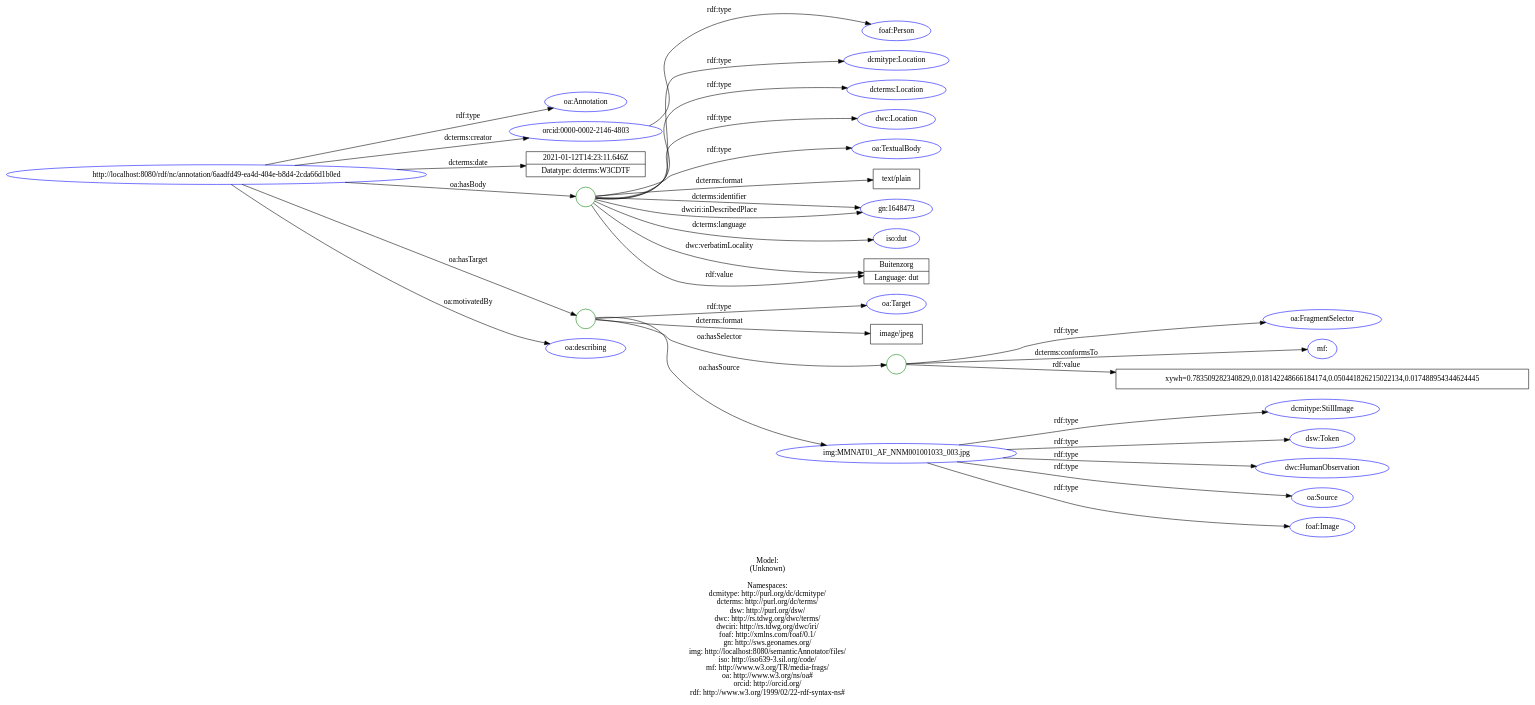
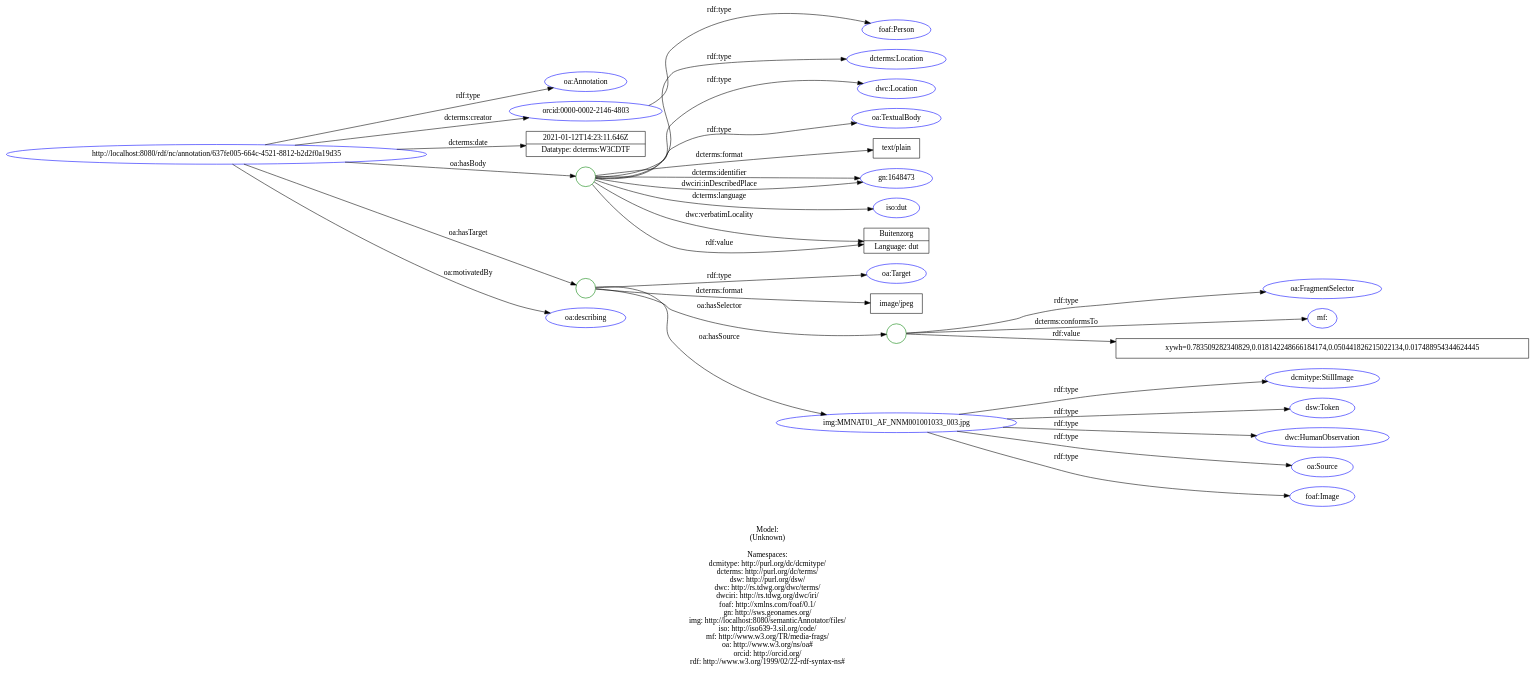
Before and after one commit to lisestork/SFB-Annotator: the diagram in doc/models/example_3_1.dot, drawn with Graphviz. The commit also changed 4 other files, not shown here.

Commit message:
Update data model: example 3_1 #81. - remove non-existing dcmitype:Location class

```diff
--- a/doc/models/example_3_1.dot
+++ b/doc/models/example_3_1.dot
@@ -1,70 +1,68 @@
 digraph {
 	rankdir = LR;
 	charset="utf-8";
 
-	"Rhttp://localhost:8080/rdf/nc/annotation/6aadfd49-ea4d-404e-b8d4-2cda66d1b0ed" -> "Roa:Annotation" [ label="rdf:type" ];
-	"Rhttp://localhost:8080/rdf/nc/annotation/6aadfd49-ea4d-404e-b8d4-2cda66d1b0ed" -> "Rorcid:0000-0002-2146-4803" [ label="dcterms:creator" ];
-	"Rhttp://localhost:8080/rdf/nc/annotation/6aadfd49-ea4d-404e-b8d4-2cda66d1b0ed" -> "L2021-01-12T14:23:11.646Z|Datatype: dcterms:W3CDTF" [ label="dcterms:date" ];
-	"Rhttp://localhost:8080/rdf/nc/annotation/6aadfd49-ea4d-404e-b8d4-2cda66d1b0ed" -> "B_:node1f26ai8ibx13" [ label="oa:hasBody" ];
-	"B_:node1f26ai8ibx13" -> "Rdcmitype:Location" [ label="rdf:type" ];
-	"B_:node1f26ai8ibx13" -> "Rdcterms:Location" [ label="rdf:type" ];
-	"B_:node1f26ai8ibx13" -> "Rdwc:Location" [ label="rdf:type" ];
-	"B_:node1f26ai8ibx13" -> "Roa:TextualBody" [ label="rdf:type" ];
-	"B_:node1f26ai8ibx13" -> "Ltext/plain" [ label="dcterms:format" ];
-	"B_:node1f26ai8ibx13" -> "Rgn:1648473" [ label="dcterms:identifier" ];
-	"B_:node1f26ai8ibx13" -> "Riso:dut" [ label="dcterms:language" ];
-	"B_:node1f26ai8ibx13" -> "Rgn:1648473" [ label="dwciri:inDescribedPlace" ];
-	"B_:node1f26ai8ibx13" -> "LBuitenzorg|Language: dut" [ label="dwc:verbatimLocality" ];
-	"B_:node1f26ai8ibx13" -> "LBuitenzorg|Language: dut" [ label="rdf:value" ];
-	"Rhttp://localhost:8080/rdf/nc/annotation/6aadfd49-ea4d-404e-b8d4-2cda66d1b0ed" -> "B_:node1f26ai8ibx12" [ label="oa:hasTarget" ];
-	"B_:node1f26ai8ibx12" -> "Roa:Target" [ label="rdf:type" ];
-	"B_:node1f26ai8ibx12" -> "Limage/jpeg" [ label="dcterms:format" ];
-	"B_:node1f26ai8ibx12" -> "B_:node1f26ai8ibx15" [ label="oa:hasSelector" ];
-	"B_:node1f26ai8ibx15" -> "Roa:FragmentSelector" [ label="rdf:type" ];
-	"B_:node1f26ai8ibx15" -> "Rmf:" [ label="dcterms:conformsTo" ];
-	"B_:node1f26ai8ibx15" -> "Lxywh=0.783509282340829,0.018142248666184174,0.050441826215022134,0.017488954344624445" [ label="rdf:value" ];
-	"B_:node1f26ai8ibx12" -> "Rimg:MMNAT01_AF_NNM001001033_003.jpg" [ label="oa:hasSource" ];
-	"Rhttp://localhost:8080/rdf/nc/annotation/6aadfd49-ea4d-404e-b8d4-2cda66d1b0ed" -> "Roa:describing" [ label="oa:motivatedBy" ];
+	"Rhttp://localhost:8080/rdf/nc/annotation/637fe005-664c-4521-8812-b2d2f0a19d35" -> "Roa:Annotation" [ label="rdf:type" ];
+	"Rhttp://localhost:8080/rdf/nc/annotation/637fe005-664c-4521-8812-b2d2f0a19d35" -> "Rorcid:0000-0002-2146-4803" [ label="dcterms:creator" ];
+	"Rhttp://localhost:8080/rdf/nc/annotation/637fe005-664c-4521-8812-b2d2f0a19d35" -> "L2021-01-12T14:23:11.646Z|Datatype: dcterms:W3CDTF" [ label="dcterms:date" ];
+	"Rhttp://localhost:8080/rdf/nc/annotation/637fe005-664c-4521-8812-b2d2f0a19d35" -> "B_:node1f27eg1asx2" [ label="oa:hasBody" ];
+	"B_:node1f27eg1asx2" -> "Rdcterms:Location" [ label="rdf:type" ];
+	"B_:node1f27eg1asx2" -> "Rdwc:Location" [ label="rdf:type" ];
+	"B_:node1f27eg1asx2" -> "Roa:TextualBody" [ label="rdf:type" ];
+	"B_:node1f27eg1asx2" -> "Ltext/plain" [ label="dcterms:format" ];
+	"B_:node1f27eg1asx2" -> "Rgn:1648473" [ label="dcterms:identifier" ];
+	"B_:node1f27eg1asx2" -> "Riso:dut" [ label="dcterms:language" ];
+	"B_:node1f27eg1asx2" -> "Rgn:1648473" [ label="dwciri:inDescribedPlace" ];
+	"B_:node1f27eg1asx2" -> "LBuitenzorg|Language: dut" [ label="dwc:verbatimLocality" ];
+	"B_:node1f27eg1asx2" -> "LBuitenzorg|Language: dut" [ label="rdf:value" ];
+	"Rhttp://localhost:8080/rdf/nc/annotation/637fe005-664c-4521-8812-b2d2f0a19d35" -> "B_:node1f27eg1asx1" [ label="oa:hasTarget" ];
+	"B_:node1f27eg1asx1" -> "Roa:Target" [ label="rdf:type" ];
+	"B_:node1f27eg1asx1" -> "Limage/jpeg" [ label="dcterms:format" ];
+	"B_:node1f27eg1asx1" -> "B_:node1f27eg1asx4" [ label="oa:hasSelector" ];
+	"B_:node1f27eg1asx4" -> "Roa:FragmentSelector" [ label="rdf:type" ];
+	"B_:node1f27eg1asx4" -> "Rmf:" [ label="dcterms:conformsTo" ];
+	"B_:node1f27eg1asx4" -> "Lxywh=0.783509282340829,0.018142248666184174,0.050441826215022134,0.017488954344624445" [ label="rdf:value" ];
+	"B_:node1f27eg1asx1" -> "Rimg:MMNAT01_AF_NNM001001033_003.jpg" [ label="oa:hasSource" ];
+	"Rhttp://localhost:8080/rdf/nc/annotation/637fe005-664c-4521-8812-b2d2f0a19d35" -> "Roa:describing" [ label="oa:motivatedBy" ];
 	"Rorcid:0000-0002-2146-4803" -> "Rfoaf:Person" [ label="rdf:type" ];
 	"Rimg:MMNAT01_AF_NNM001001033_003.jpg" -> "Rdcmitype:StillImage" [ label="rdf:type" ];
 	"Rimg:MMNAT01_AF_NNM001001033_003.jpg" -> "Rdsw:Token" [ label="rdf:type" ];
 	"Rimg:MMNAT01_AF_NNM001001033_003.jpg" -> "Rdwc:HumanObservation" [ label="rdf:type" ];
 	"Rimg:MMNAT01_AF_NNM001001033_003.jpg" -> "Roa:Source" [ label="rdf:type" ];
 	"Rimg:MMNAT01_AF_NNM001001033_003.jpg" -> "Rfoaf:Image" [ label="rdf:type" ];
 
 	// Resources
-	"Rhttp://localhost:8080/rdf/nc/annotation/6aadfd49-ea4d-404e-b8d4-2cda66d1b0ed" [ label="http://localhost:8080/rdf/nc/annotation/6aadfd49-ea4d-404e-b8d4-2cda66d1b0ed", shape = ellipse, color = blue ];
+	"Rhttp://localhost:8080/rdf/nc/annotation/637fe005-664c-4521-8812-b2d2f0a19d35" [ label="http://localhost:8080/rdf/nc/annotation/637fe005-664c-4521-8812-b2d2f0a19d35", shape = ellipse, color = blue ];
 	"Roa:Annotation" [ label="oa:Annotation", shape = ellipse, color = blue ];
 	"Rorcid:0000-0002-2146-4803" [ label="orcid:0000-0002-2146-4803", shape = ellipse, color = blue ];
-	"Rdcmitype:Location" [ label="dcmitype:Location", shape = ellipse, color = blue ];
 	"Rdcterms:Location" [ label="dcterms:Location", shape = ellipse, color = blue ];
 	"Rdwc:Location" [ label="dwc:Location", shape = ellipse, color = blue ];
 	"Roa:TextualBody" [ label="oa:TextualBody", shape = ellipse, color = blue ];
 	"Rgn:1648473" [ label="gn:1648473", shape = ellipse, color = blue ];
 	"Riso:dut" [ label="iso:dut", shape = ellipse, color = blue ];
 	"Roa:Target" [ label="oa:Target", shape = ellipse, color = blue ];
 	"Roa:FragmentSelector" [ label="oa:FragmentSelector", shape = ellipse, color = blue ];
 	"Rmf:" [ label="mf:", shape = ellipse, color = blue ];
 	"Rimg:MMNAT01_AF_NNM001001033_003.jpg" [ label="img:MMNAT01_AF_NNM001001033_003.jpg", shape = ellipse, color = blue ];
 	"Roa:describing" [ label="oa:describing", shape = ellipse, color = blue ];
 	"Rfoaf:Person" [ label="foaf:Person", shape = ellipse, color = blue ];
 	"Rdcmitype:StillImage" [ label="dcmitype:StillImage", shape = ellipse, color = blue ];
 	"Rdsw:Token" [ label="dsw:Token", shape = ellipse, color = blue ];
 	"Rdwc:HumanObservation" [ label="dwc:HumanObservation", shape = ellipse, color = blue ];
 	"Roa:Source" [ label="oa:Source", shape = ellipse, color = blue ];
 	"Rfoaf:Image" [ label="foaf:Image", shape = ellipse, color = blue ];
 
 	// Anonymous nodes
-	"B_:node1f26ai8ibx13" [ label="", shape = circle, color = green ];
-	"B_:node1f26ai8ibx12" [ label="", shape = circle, color = green ];
-	"B_:node1f26ai8ibx15" [ label="", shape = circle, color = green ];
+	"B_:node1f27eg1asx2" [ label="", shape = circle, color = green ];
+	"B_:node1f27eg1asx1" [ label="", shape = circle, color = green ];
+	"B_:node1f27eg1asx4" [ label="", shape = circle, color = green ];
 
 	// Literals
 	"L2021-01-12T14:23:11.646Z|Datatype: dcterms:W3CDTF" [ label="2021-01-12T14:23:11.646Z|Datatype: dcterms:W3CDTF", shape = record ];
 	"Ltext/plain" [ label="text/plain", shape = record ];
 	"LBuitenzorg|Language: dut" [ label="Buitenzorg|Language: dut", shape = record ];
 	"Limage/jpeg" [ label="image/jpeg", shape = record ];
 	"Lxywh=0.783509282340829,0.018142248666184174,0.050441826215022134,0.017488954344624445" [ label="xywh=0.783509282340829,0.018142248666184174,0.050441826215022134,0.017488954344624445", shape = record ];
 
 	label="\n\nModel:\n(Unknown)\n\nNamespaces:\ndcmitype: http://purl.org/dc/dcmitype/\ndcterms: http://purl.org/dc/terms/\ndsw: http://purl.org/dsw/\ndwc: http://rs.tdwg.org/dwc/terms/\ndwciri: http://rs.tdwg.org/dwc/iri/\nfoaf: http://xmlns.com/foaf/0.1/\ngn: http://sws.geonames.org/\nimg: http://localhost:8080/semanticAnnotator/files/\niso: http://iso639-3.sil.org/code/\nmf: http://www.w3.org/TR/media-frags/\noa: http://www.w3.org/ns/oa#\norcid: http://orcid.org/\nrdf: http://www.w3.org/1999/02/22-rdf-syntax-ns#\n";
 }
```
